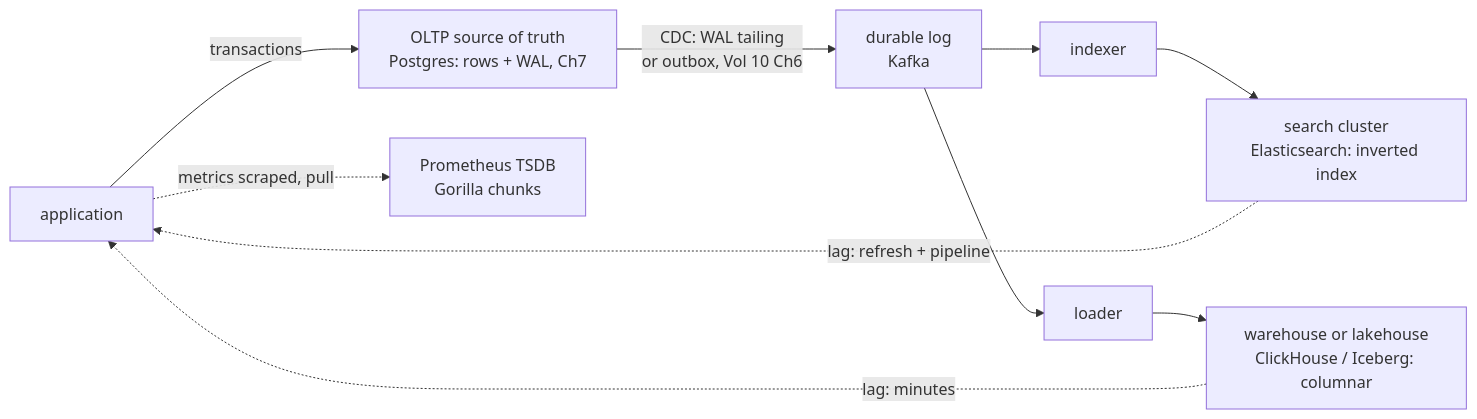
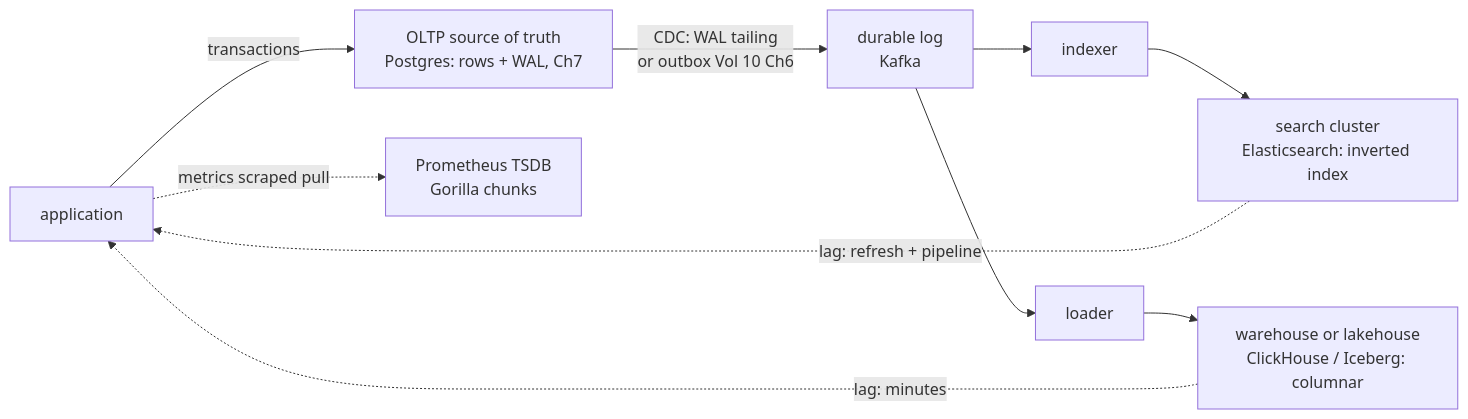
One commit to bumbsclaw/textbooks changed the fourth of 7 diagrams in vol-05-databases/ch13-specialized-stores.md. Above: the diagram before and after it, drawn with Mermaid. The commit also changed other lines of this file and 173 other files, not shown here.

First line of the commit message:
fix(mermaid): close note brackets, semicolons in Notes, stateDiagram br -> dash, edge parens

````diff
--- a/vol-05-databases/ch13-specialized-stores.md
+++ b/vol-05-databases/ch13-specialized-stores.md
@@ -657,10 +657,10 @@
 ```mermaid
 flowchart LR
   APP["application"] -->|"transactions"| OLTP["OLTP source of truth<br/>Postgres: rows + WAL, Ch7"]
-  OLTP -->|"CDC: WAL tailing<br/>or outbox, Vol 10 Ch6"| LOG["durable log<br/>Kafka"]
+  OLTP -->|"CDC: WAL tailing<br >or outbox Vol 10 Ch6"| LOG["durable log<br/>Kafka"]
   LOG --> SPIPE["indexer"] --> SEARCH["search cluster<br/>Elasticsearch: inverted index"]
   LOG --> WPIPE["loader"] --> WH["warehouse or lakehouse<br/>ClickHouse / Iceberg: columnar"]
-  APP -.->|"metrics scraped, pull"| TSDB["Prometheus TSDB<br/>Gorilla chunks"]
+  APP -.->|"metrics scraped pull"| TSDB["Prometheus TSDB<br/>Gorilla chunks"]
   SEARCH -.->|"lag: refresh + pipeline"| APP
   WH -.->|"lag: minutes"| APP
 ```
````
